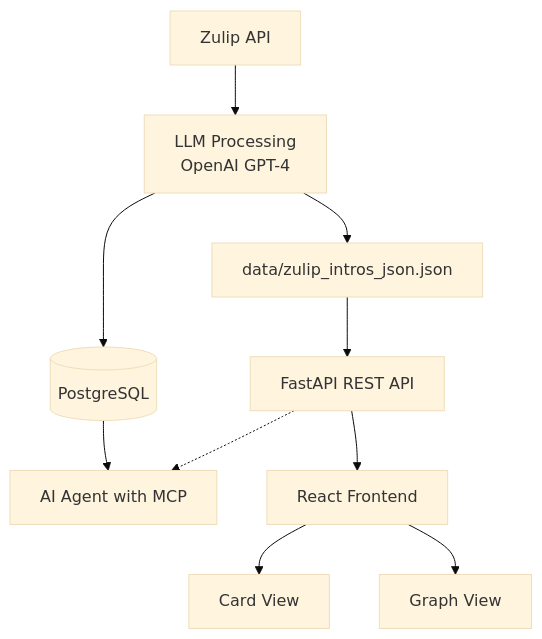
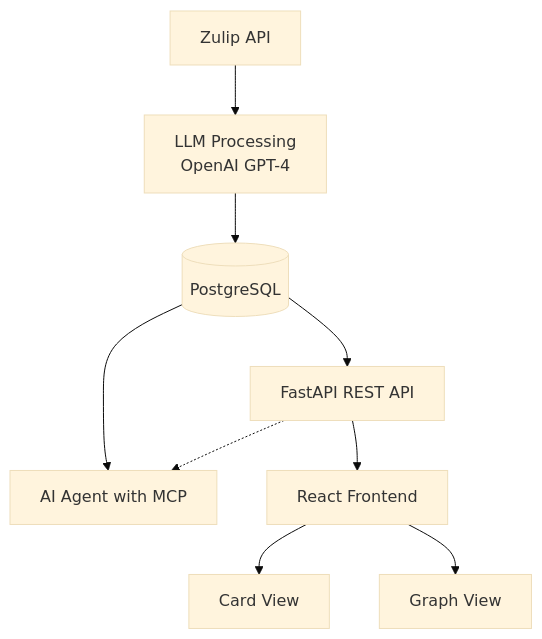
One commit to denamwangi/batchmates changed the diagram in README.md. Above: the diagram before and after it, drawn with Mermaid (base theme). The commit also changed other lines of this file and 2 other files, not shown here.

````diff
--- a/README.md
+++ b/README.md
@@ -36,16 +36,15 @@
 ```mermaid
 graph TB
   Z[Zulip API] --> P[LLM Processing<br/>OpenAI GPT-4]
   P --> DB[(PostgreSQL)]
-  P --> JSON[data/zulip_intros_json.json]
 
+  DB --> API[FastAPI REST API]
   DB --> AGENT[AI Agent with MCP]
-  JSON --> API[FastAPI REST API]
   API -.-> AGENT
   
   API --> REACT[React Frontend]
   REACT --> CV[Card View]
   REACT --> GV[Graph View]
 
   %% Data flow arrows show progression from source to storage and interfaces
 ```
````
